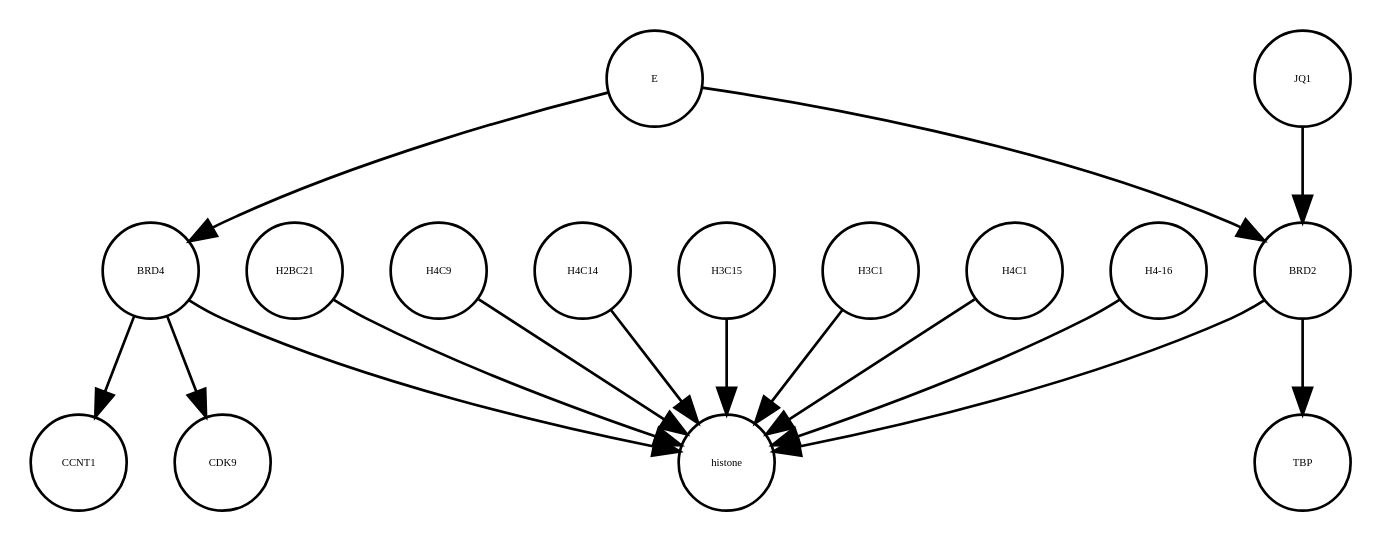
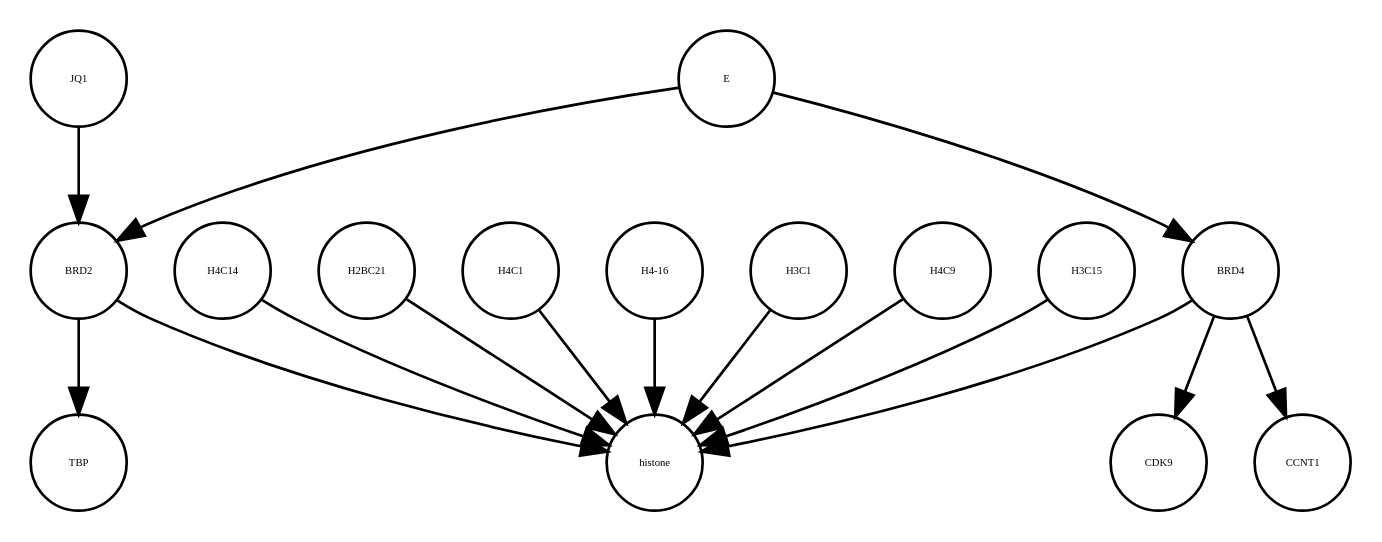
Before and after one commit to cannin/covid19-sbgn: the diagram in E_SARS_CoV_2_21_05_2020.xml_projected.dot, drawn with Graphviz. The commit also changed other lines of this file and 637 other files, not shown here.

```diff
--- a/E_SARS_CoV_2_21_05_2020.xml_projected.dot
+++ b/E_SARS_CoV_2_21_05_2020.xml_projected.dot
@@ -1,32 +1,32 @@
 strict digraph  {
+H4C14 [annotation="", bipartite=0, cls=macromolecule, fontsize=4, label=H4C14, shape=circle];
 H2BC21 [annotation="", bipartite=0, cls=macromolecule, fontsize=4, label=H2BC21, shape=circle];
-H4C9 [annotation="", bipartite=0, cls=macromolecule, fontsize=4, label=H4C9, shape=circle];
+histone [annotation="", bipartite=0, cls=complex, fontsize=4, label=histone, shape=circle];
+BRD2 [annotation="", bipartite=0, cls=macromolecule, fontsize=4, label=BRD2, shape=circle];
+JQ1 [annotation="", bipartite=0, cls=macromolecule, fontsize=4, label=JQ1, shape=circle];
+CDK9 [annotation="", bipartite=0, cls=macromolecule, fontsize=4, label=CDK9, shape=circle];
+H4C1 [annotation="", bipartite=0, cls=macromolecule, fontsize=4, label=H4C1, shape=circle];
+CCNT1 [annotation="", bipartite=0, cls=macromolecule, fontsize=4, label=CCNT1, shape=circle];
+TBP [annotation="", bipartite=0, cls=macromolecule, fontsize=4, label=TBP, shape=circle];
 BRD4 [annotation="", bipartite=0, cls=macromolecule, fontsize=4, label=BRD4, shape=circle];
-BRD2 [annotation="", bipartite=0, cls=macromolecule, fontsize=4, label=BRD2, shape=circle];
-CCNT1 [annotation="", bipartite=0, cls=macromolecule, fontsize=4, label=CCNT1, shape=circle];
-histone [annotation="", bipartite=0, cls=complex, fontsize=4, label=histone, shape=circle];
-CDK9 [annotation="", bipartite=0, cls=macromolecule, fontsize=4, label=CDK9, shape=circle];
-H4C14 [annotation="", bipartite=0, cls=macromolecule, fontsize=4, label=H4C14, shape=circle];
-H3C15 [annotation="", bipartite=0, cls=macromolecule, fontsize=4, label=H3C15, shape=circle];
-H3C1 [annotation="", bipartite=0, cls=macromolecule, fontsize=4, label=H3C1, shape=circle];
-TBP [annotation="", bipartite=0, cls=macromolecule, fontsize=4, label=TBP, shape=circle];
-H4C1 [annotation="", bipartite=0, cls=macromolecule, fontsize=4, label=H4C1, shape=circle];
-JQ1 [annotation="", bipartite=0, cls=macromolecule, fontsize=4, label=JQ1, shape=circle];
 "H4-16" [annotation="", bipartite=0, cls=macromolecule, fontsize=4, label="H4-16", shape=circle];
 E [annotation=urn_miriam_ncbiprotein_BCD58755, bipartite=0, cls=macromolecule, fontsize=4, label=E, shape=circle];
+H3C1 [annotation="", bipartite=0, cls=macromolecule, fontsize=4, label=H3C1, shape=circle];
+H4C9 [annotation="", bipartite=0, cls=macromolecule, fontsize=4, label=H4C9, shape=circle];
+H3C15 [annotation="", bipartite=0, cls=macromolecule, fontsize=4, label=H3C15, shape=circle];
+H4C14 -> histone  [annotation="", interaction_type=production];
 H2BC21 -> histone  [annotation="", interaction_type=production];
-H4C9 -> histone  [annotation="", interaction_type=production];
-BRD4 -> CCNT1  [annotation="", interaction_type=catalysis];
-BRD4 -> histone  [annotation="urn_miriam_doi_10.1038%2Fnsmb.3228.|urn_miriam_doi_10.1016%2Fj.molcel.2008.01.018", interaction_type=catalysis];
-BRD4 -> CDK9  [annotation=urn_miriam_taxonomy_10090, interaction_type=catalysis];
 BRD2 -> histone  [annotation="urn_miriam_doi_10.1038%2Fnsmb.3228.|urn_miriam_doi_10.1016%2Fj.molcel.2008.01.018", interaction_type=catalysis];
 BRD2 -> TBP  [annotation="urn_miriam_doi_10.1007%2Fs11010-006-9223-6", interaction_type=catalysis];
-H4C14 -> histone  [annotation="", interaction_type=production];
+JQ1 -> BRD2  [annotation="urn_miriam_doi_10.1038%2Fs41586-020-2286-9|urn_miriam_doi_10.1080%2F15592294.2018.1469891", interaction_type=inhibition];
+H4C1 -> histone  [annotation="", interaction_type=production];
+BRD4 -> histone  [annotation="urn_miriam_doi_10.1038%2Fnsmb.3228.|urn_miriam_doi_10.1016%2Fj.molcel.2008.01.018", interaction_type=catalysis];
+BRD4 -> CCNT1  [annotation="", interaction_type=catalysis];
+BRD4 -> CDK9  [annotation=urn_miriam_taxonomy_10090, interaction_type=catalysis];
+"H4-16" -> histone  [annotation="", interaction_type=production];
+E -> BRD2  [annotation="urn_miriam_doi_10.1038%2Fs41586-020-2286-9|urn_miriam_doi_10.1080%2F15592294.2018.1469891", interaction_type=inhibition];
+E -> BRD4  [annotation="urn_miriam_doi_10.1038%2Fs41586-020-2286-9", interaction_type=inhibition];
+H3C1 -> histone  [annotation="", interaction_type=production];
+H4C9 -> histone  [annotation="", interaction_type=production];
 H3C15 -> histone  [annotation="", interaction_type=production];
-H3C1 -> histone  [annotation="", interaction_type=production];
-H4C1 -> histone  [annotation="", interaction_type=production];
-JQ1 -> BRD2  [annotation="urn_miriam_doi_10.1038%2Fs41586-020-2286-9|urn_miriam_doi_10.1080%2F15592294.2018.1469891", interaction_type=inhibition];
-"H4-16" -> histone  [annotation="", interaction_type=production];
-E -> BRD4  [annotation="urn_miriam_doi_10.1038%2Fs41586-020-2286-9", interaction_type=inhibition];
-E -> BRD2  [annotation="urn_miriam_doi_10.1038%2Fs41586-020-2286-9|urn_miriam_doi_10.1080%2F15592294.2018.1469891", interaction_type=inhibition];
 }
```
